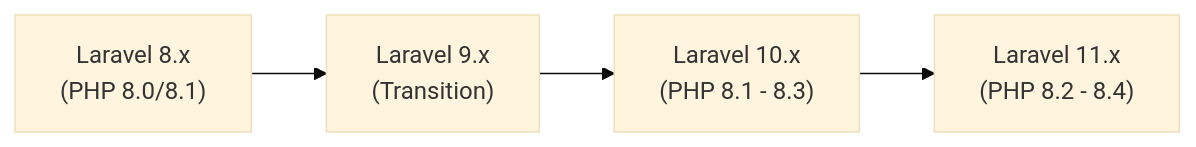
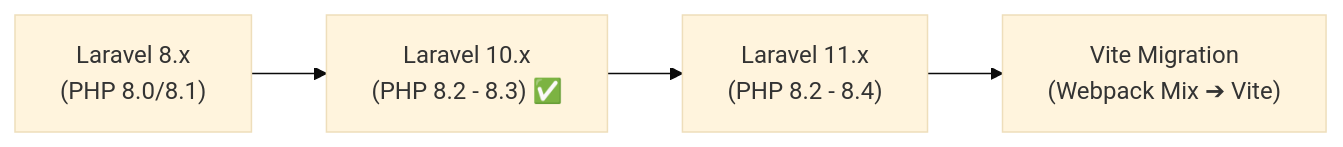
Before and after one commit to fauzanlm/laravel-hotel-web-app: the second of 2 diagrams in README.md, drawn with Mermaid (base theme). The commit also changed other lines of this file and 5 other files, not shown here.

Commit message:
feat(deps): upgrade core framework to Laravel 10 and PHP 8.2

````diff
--- a/README.md
+++ b/README.md
@@ -307,6 +307,6 @@
 ```mermaid
 flowchart LR
-    A["Laravel 8.x<br/>(PHP 8.0/8.1)"] --> B["Laravel 9.x<br/>(Transition)"]
-    B --> C["Laravel 10.x<br/>(PHP 8.1 - 8.3)"]
-    C --> D["Laravel 11.x<br/>(PHP 8.2 - 8.4)"]
+    A["Laravel 8.x<br/>(PHP 8.0/8.1)"] --> B["Laravel 10.x<br/>(PHP 8.2 - 8.3) ✅"]
+    B --> C["Laravel 11.x<br/>(PHP 8.2 - 8.4)"]
+    C --> D["Vite Migration<br/>(Webpack Mix ➔ Vite)"]
 ```
````
